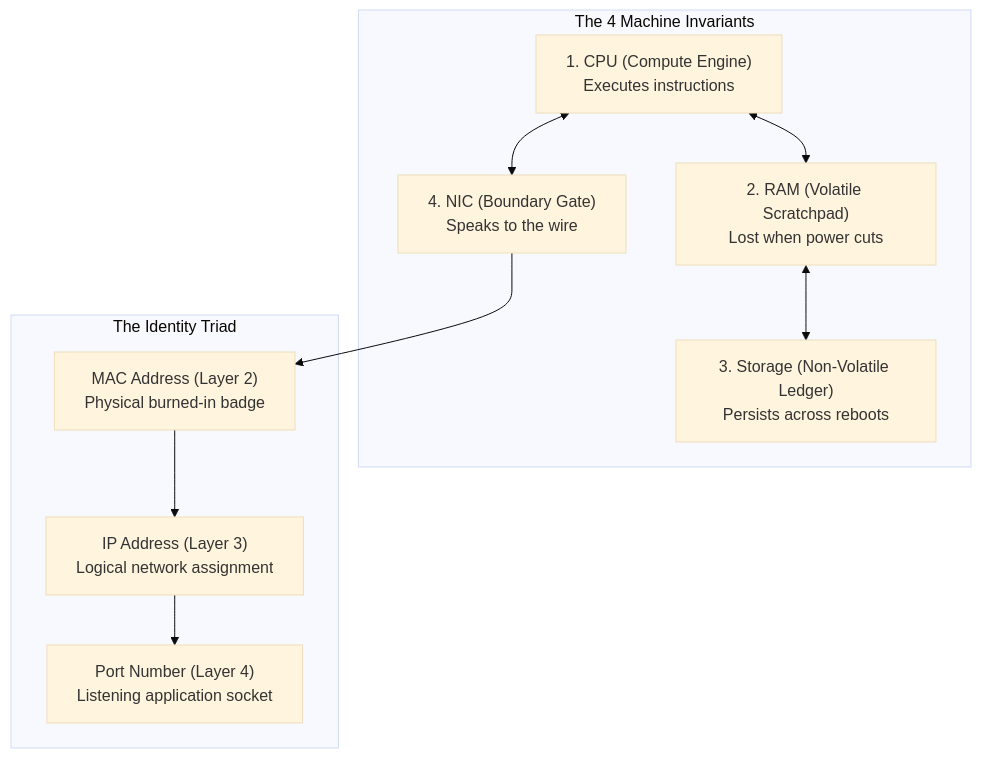
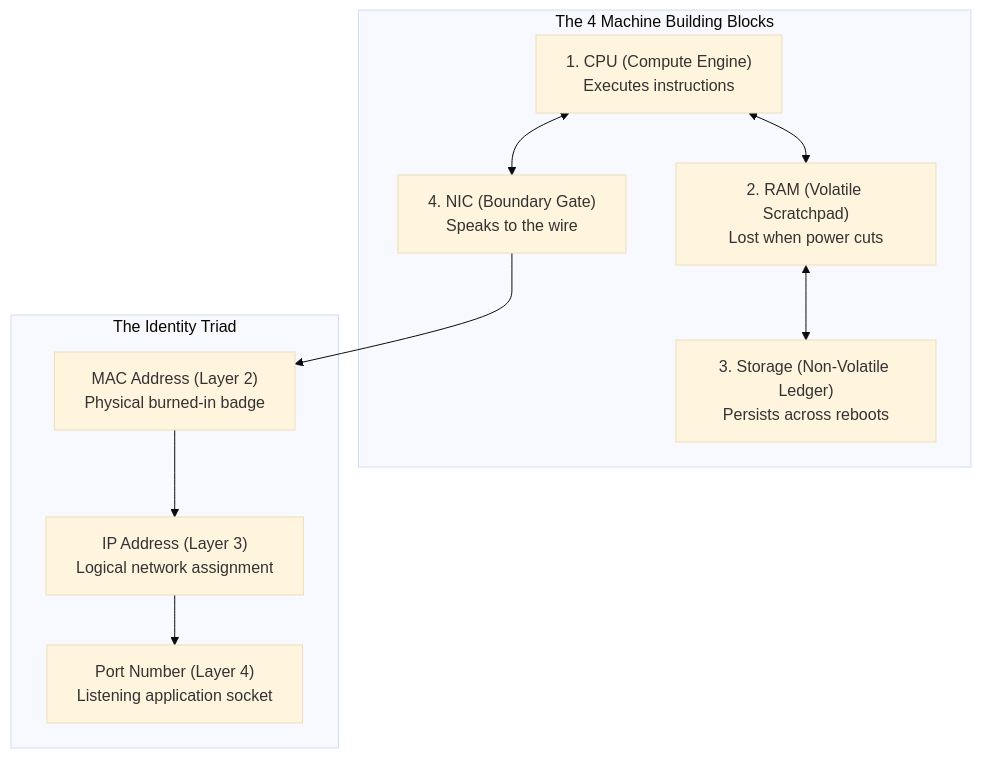
Before and after one commit to cwarloe/learning-narrative-kit: the fifth of 16 diagrams in docs/research/PORTLAND_CURRICULUM_PLAN.md, drawn with Mermaid (base theme). The commit also changed other lines of this file and 8 other files, not shown here.

Commit message:
docs(research): commit plain English style guide, visual art direction, pedagogical agency architecture, and interactive specs

````diff
--- a/docs/research/PORTLAND_CURRICULUM_PLAN.md
+++ b/docs/research/PORTLAND_CURRICULUM_PLAN.md
@@ -196,20 +196,20 @@
 ```mermaid
 flowchart TD
-    subgraph Machine_Invariants["The 4 Machine Invariants"]
+    subgraph Machine_Invariants["The 4 Machine Building Blocks"]
         CPU["1. CPU (Compute Engine)<br/>Executes instructions"]
         RAM["2. RAM (Volatile Scratchpad)<br/>Lost when power cuts"]
         DISK["3. Storage (Non-Volatile Ledger)<br/>Persists across reboots"]
         NIC["4. NIC (Boundary Gate)<br/>Speaks to the wire"]
         CPU <--> RAM
         RAM <--> DISK
         CPU <--> NIC
     end
     subgraph Identity_Triad["The Identity Triad"]
         MAC["MAC Address (Layer 2)<br/>Physical burned-in badge"]
         IP["IP Address (Layer 3)<br/>Logical network assignment"]
         PORT["Port Number (Layer 4)<br/>Listening application socket"]
     end
     NIC --> MAC
     MAC --> IP
     IP --> PORT
 ```
````
